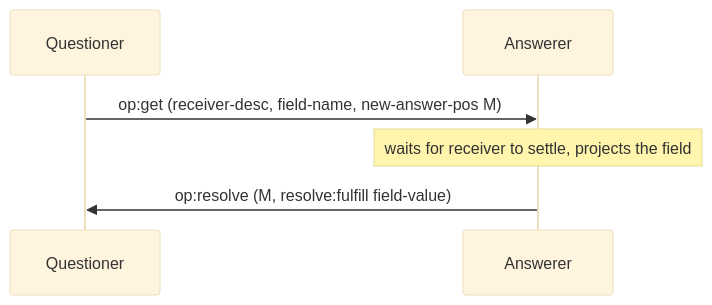
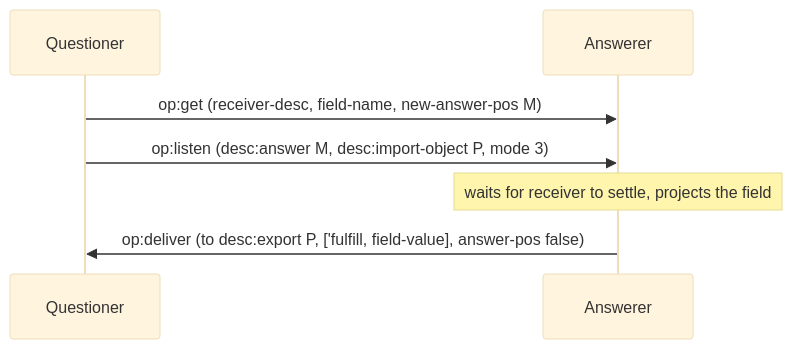
The sixth of 7 diagrams in docs/protocol-diagrams/02-deliver-and-resolve.md (glowcap-org/glowcap), drawn with Mermaid (base theme) before and after one commit. The commit also changed other lines of this file and 920 other files, not shown here.

````diff
--- a/docs/protocol-diagrams/02-deliver-and-resolve.md
+++ b/docs/protocol-diagrams/02-deliver-and-resolve.md
@@ -95,8 +93,9 @@
 ```mermaid
 sequenceDiagram
     participant Q as Questioner
     participant R as Answerer
     Q->>R: op:get (receiver-desc, field-name, new-answer-pos M)
+    Q->>R: op:listen (desc:answer M, desc:import-object P, mode 3)
     Note over R: waits for receiver to settle, projects the field
-    R->>Q: op:resolve (M, resolve:fulfill field-value)
+    R->>Q: op:deliver (to desc:export P, ['fulfill, field-value], answer-pos false)
 ```
````
